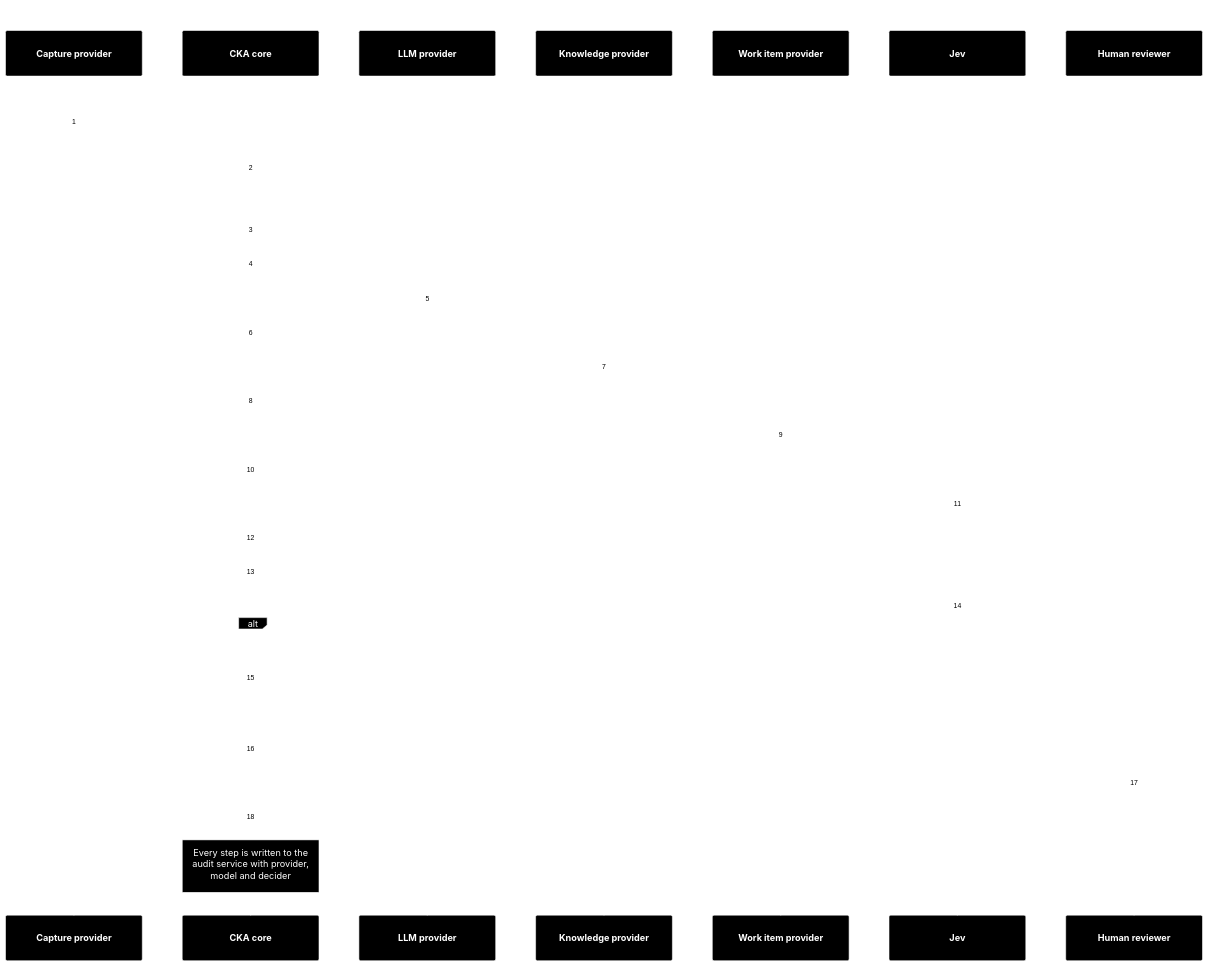
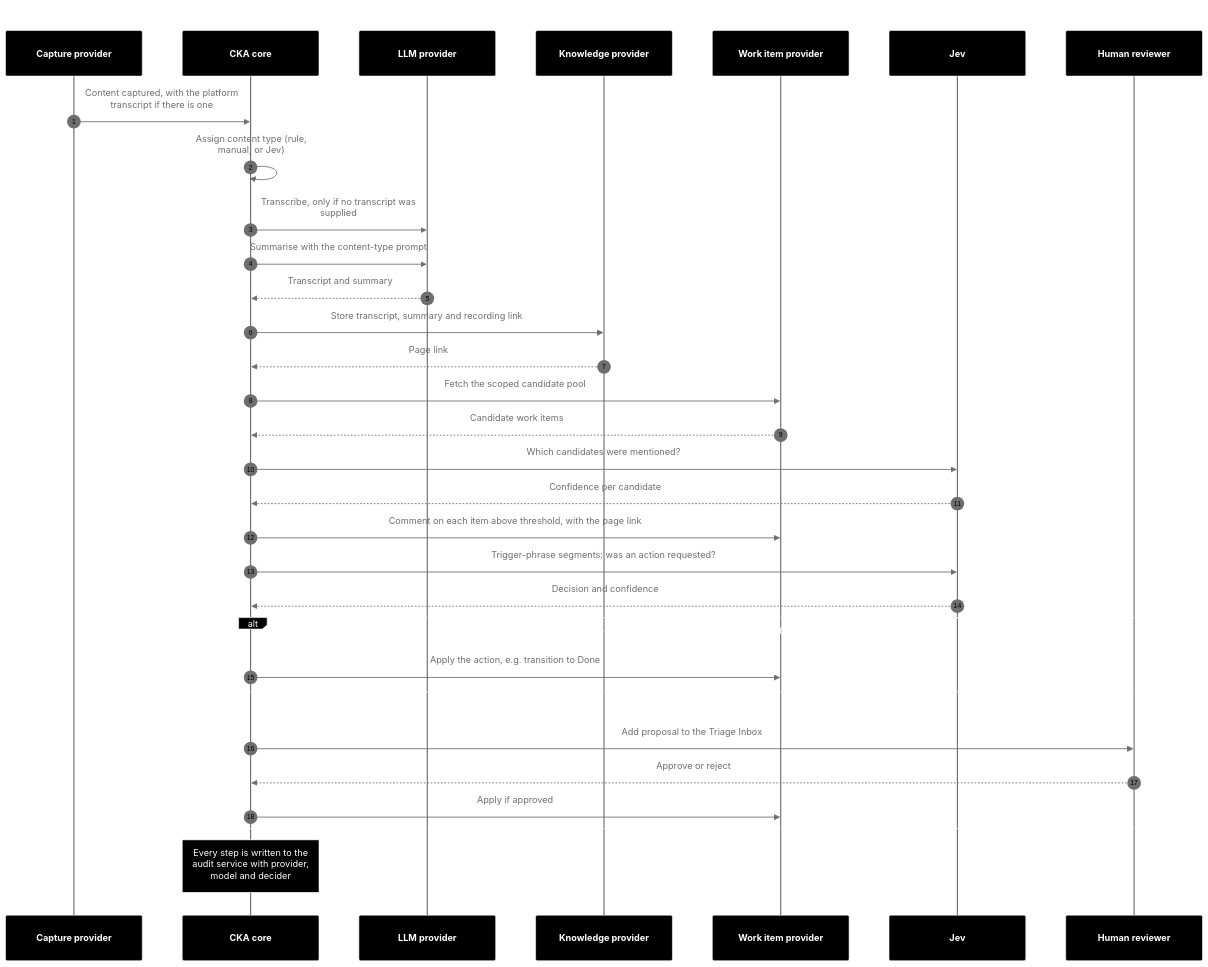
One commit to JamesTwisleton/capture-knowledge-action changed the first of 4 diagrams in README.md. Above: the diagram before and after it, drawn with Mermaid. The commit also changed other lines of this file and 4 other files, not shown here.

Commit message:
fixing diagrams

````diff
--- a/README.md
+++ b/README.md
@@ -100,37 +100,37 @@
 ```mermaid
 ---
 title: J1 golden path, meeting to knowledge to actions
 ---
-%%{init: {"theme":"base","themeVariables":{"background":"#000000","fontSize":"20px","fontFamily":"Helvetica, Arial, sans-serif","primaryColor":"#000000","primaryTextColor":"#ffffff","primaryBorderColor":"#ffffff","lineColor":"#ffffff","textColor":"#ffffff","titleColor":"#ffffff","actorBkg":"#000000","actorBorder":"#ffffff","actorTextColor":"#ffffff","actorLineColor":"#ffffff","signalColor":"#ffffff","signalTextColor":"#ffffff","labelBoxBkgColor":"#000000","labelBoxBorderColor":"#ffffff","labelTextColor":"#ffffff","loopTextColor":"#ffffff","noteBkgColor":"#000000","noteTextColor":"#ffffff","noteBorderColor":"#ffffff","activationBkgColor":"#000000","activationBorderColor":"#ffffff","sequenceNumberColor":"#000000"},"sequence":{"wrap":true,"width":240,"height":80,"actorMargin":70,"messageMargin":50,"boxMargin":20,"noteMargin":16,"actorFontSize":20,"actorFontWeight":"bold","messageFontSize":18,"noteFontSize":16}}}%%
+%%{init: {"theme":"base","themeVariables":{"background":"#000000","fontSize":"20px","primaryColor":"#000000","primaryTextColor":"#ffffff","primaryBorderColor":"#ffffff","lineColor":"#6e6e6e","textColor":"#ffffff","titleColor":"#6e6e6e","actorBkg":"#000000","actorBorder":"#ffffff","actorTextColor":"#ffffff","actorLineColor":"#6e6e6e","signalColor":"#6e6e6e","signalTextColor":"#6e6e6e","labelBoxBkgColor":"#000000","labelBoxBorderColor":"#ffffff","labelTextColor":"#ffffff","loopTextColor":"#ffffff","noteBkgColor":"#000000","noteTextColor":"#ffffff","noteBorderColor":"#ffffff","activationBkgColor":"#000000","activationBorderColor":"#ffffff","sequenceNumberColor":"#000000"},"sequence":{"wrap":true,"width":240,"height":80,"actorMargin":70,"messageMargin":50,"boxMargin":20,"noteMargin":16,"actorFontSize":20,"actorFontWeight":"bold","messageFontSize":18,"noteFontSize":16},"themeCSS":"svg{background:#000000 !important;}"}}%%
 sequenceDiagram
   autonumber
   participant M as Capture provider
   participant C as CKA core
   participant L as LLM provider
   participant K as Knowledge provider
   participant W as Work item provider
   participant J as Jev
   participant U as Human reviewer
   M->>C: Content captured, with the platform transcript if there is one
   C->>C: Assign content type (rule, manual, or Jev)
   C->>L: Transcribe, only if no transcript was supplied
   C->>L: Summarise with the content-type prompt
   L-->>C: Transcript and summary
   C->>K: Store transcript, summary and recording link
   K-->>C: Page link
   C->>W: Fetch the scoped candidate pool
   W-->>C: Candidate work items
   C->>J: Which candidates were mentioned?
   J-->>C: Confidence per candidate
   C->>W: Comment on each item above threshold, with the page link
   C->>J: Trigger-phrase segments: was an action requested?
   J-->>C: Decision and confidence
   alt Auto-approve allowed and confidence clears the threshold
     C->>W: Apply the action, e.g. transition to Done
   else Review required
     C->>U: Add proposal to the Triage Inbox
     U-->>C: Approve or reject
     C->>W: Apply if approved
   end
   Note over C: Every step is written to the audit service with provider, model and decider
 ```
````
